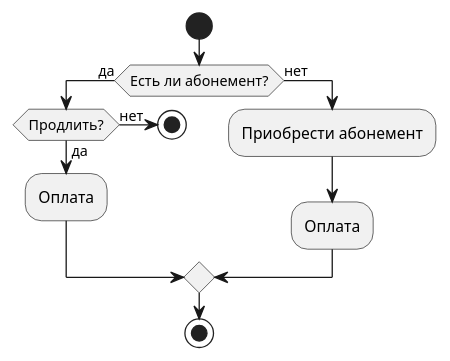
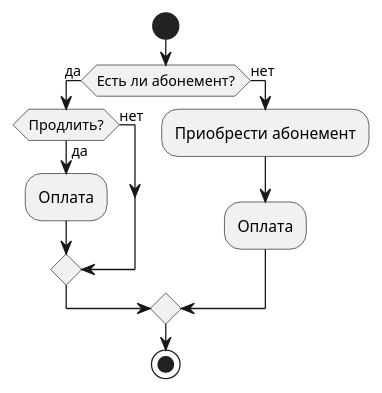
Before and after one commit to Alyonnaaa88/gitExample: the diagram in docs/diagrams/diagram2.puml, drawn with PlantUML. The commit also changed 1 other file, not shown here.

```diff
--- a/docs/diagrams/diagram2.puml
+++ b/docs/diagrams/diagram2.puml
@@ -1,15 +1,14 @@
 @startuml
 start
 
 if (Есть ли абонемент?) then (да)
   if (Продлить?) then (да)
     :Оплата;
   else (нет)
-    stop
   endif
 else (нет)
   :Приобрести абонемент;
   :Оплата;
 endif
 stop
 @enduml
```
